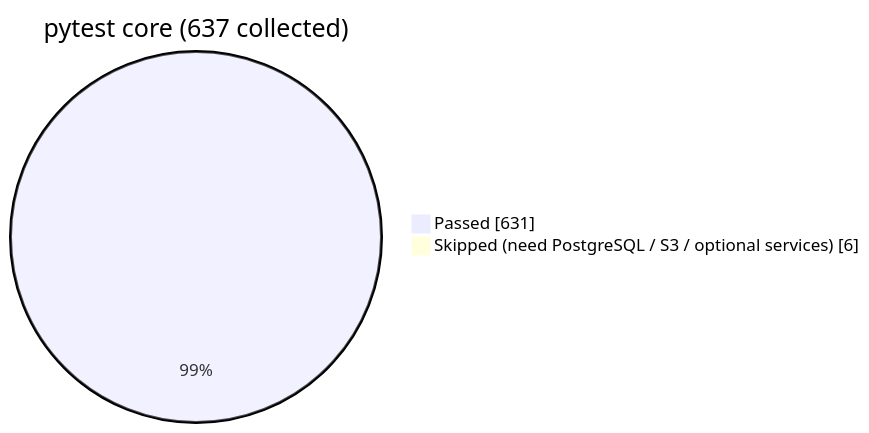
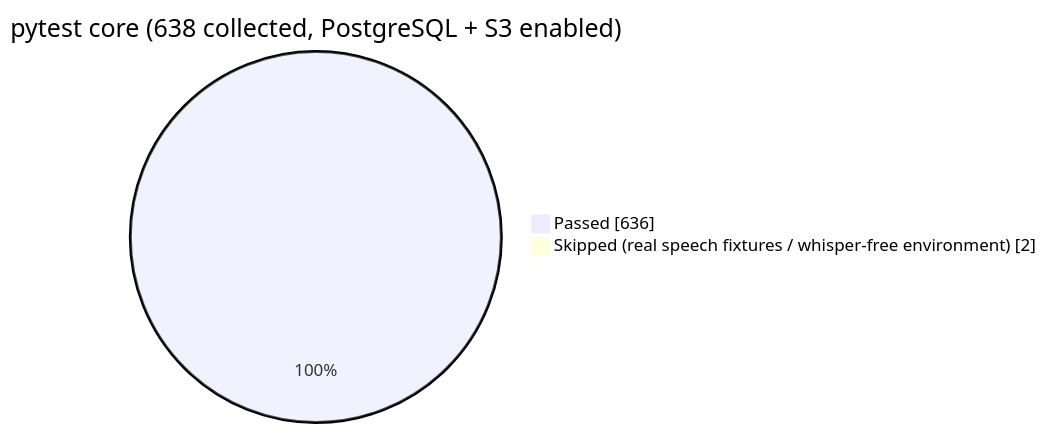
One commit to shreyajoshi144/notiv changed the first of 5 diagrams in docs/RESULTS_AND_TESTING.md. Above: the diagram before and after it, drawn with Mermaid. The commit also changed other lines of this file and 121 other files, not shown here.

````diff
--- a/docs/RESULTS_AND_TESTING.md
+++ b/docs/RESULTS_AND_TESTING.md
@@ -22,5 +24,5 @@
 ```mermaid
-pie showData title pytest core (637 collected)
-    "Passed" : 631
-    "Skipped (need PostgreSQL / S3 / optional services)" : 6
+pie showData title pytest core (638 collected, PostgreSQL + S3 enabled)
+    "Passed" : 636
+    "Skipped (real speech fixtures / whisper-free environment)" : 2
 ```
````
